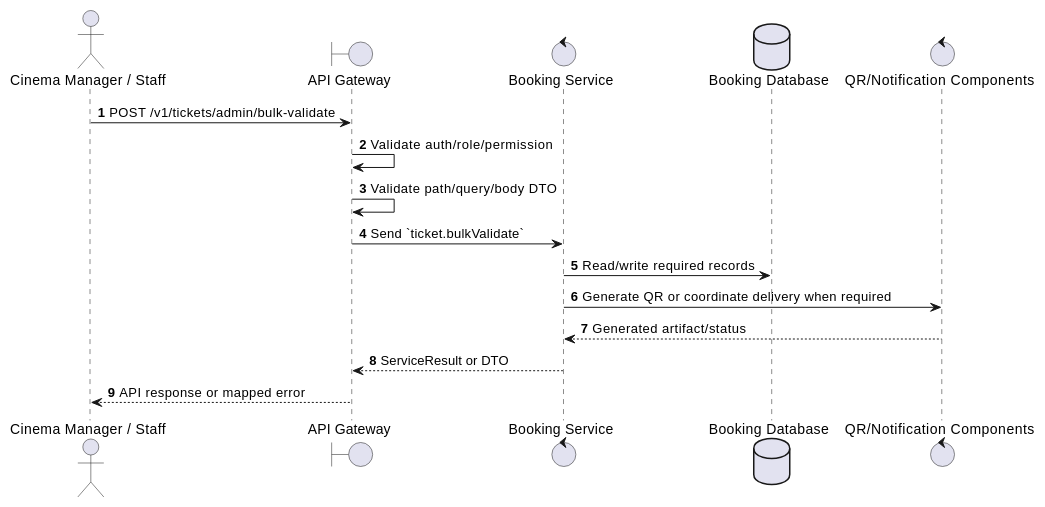
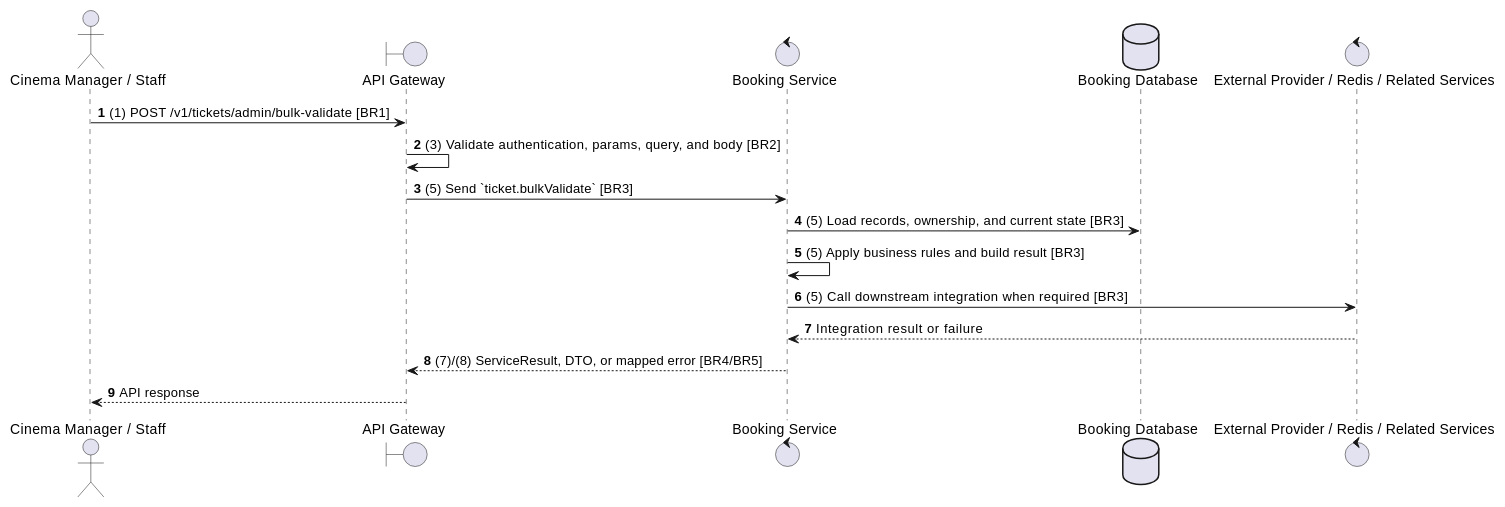
One commit to Tanh1603/movie-hub-architecture changed the second of 2 diagrams in docs/functional_specs/3.7_Ticket_Management_Module/TK-A04_Bulk_Validate_Tickets.md. Above: the diagram before and after it, drawn with PlantUML. The commit also changed other lines of this file and 129 other files, not shown here.

````diff
--- a/docs/functional_specs/3.7_Ticket_Management_Module/TK-A04_Bulk_Validate_Tickets.md
+++ b/docs/functional_specs/3.7_Ticket_Management_Module/TK-A04_Bulk_Validate_Tickets.md
@@ -17,20 +64,20 @@
 ```plantuml
 @startuml
 autonumber
 actor "Cinema Manager / Staff" as Actor
 boundary "API Gateway" as GW
 control "Booking Service" as SVC
 database "Booking Database" as DB
-control "QR/Notification Components" as EXT
+control "External Provider / Redis / Related Services" as EXT
 
-Actor -> GW: POST /v1/tickets/admin/bulk-validate
-GW -> GW: Validate auth/role/permission
-GW -> GW: Validate path/query/body DTO
-GW -> SVC: Send `ticket.bulkValidate`
-SVC -> DB: Read/write required records
-SVC -> EXT: Generate QR or coordinate delivery when required
-EXT --> SVC: Generated artifact/status
-SVC --> GW: ServiceResult or DTO
-GW --> Actor: API response or mapped error
+Actor -> GW: (1) POST /v1/tickets/admin/bulk-validate [BR1]
+GW -> GW: (3) Validate authentication, params, query, and body [BR2]
+GW -> SVC: (5) Send `ticket.bulkValidate` [BR3]
+SVC -> DB: (5) Load records, ownership, and current state [BR3]
+SVC -> SVC: (5) Apply business rules and build result [BR3]
+SVC -> EXT: (5) Call downstream integration when required [BR3]
+EXT --> SVC: Integration result or failure
+SVC --> GW: (7)/(8) ServiceResult, DTO, or mapped error [BR4/BR5]
+GW --> Actor: API response
 @enduml
 ```
````
